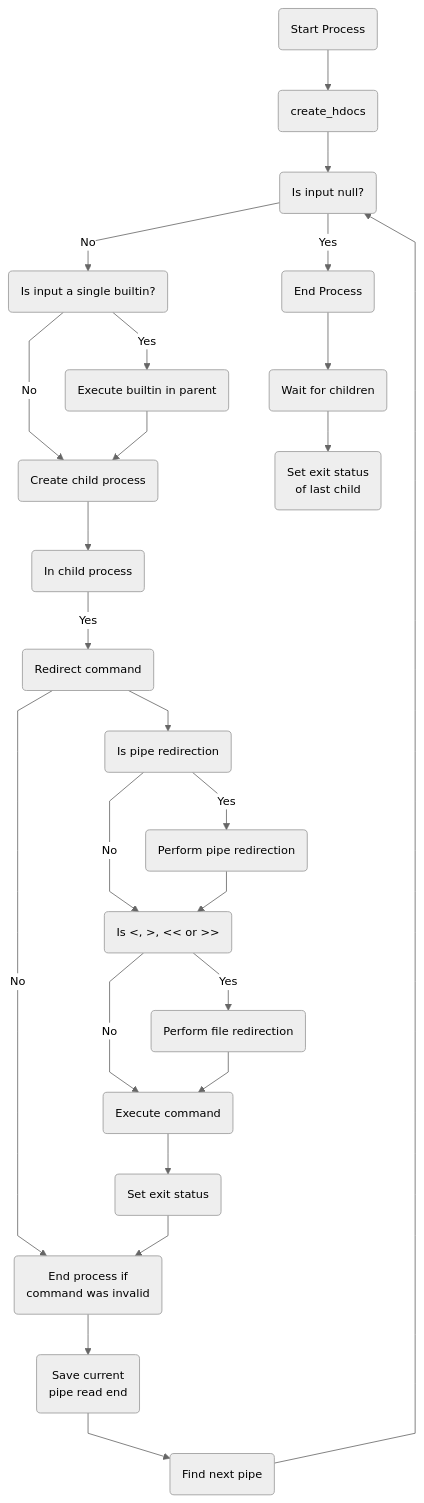
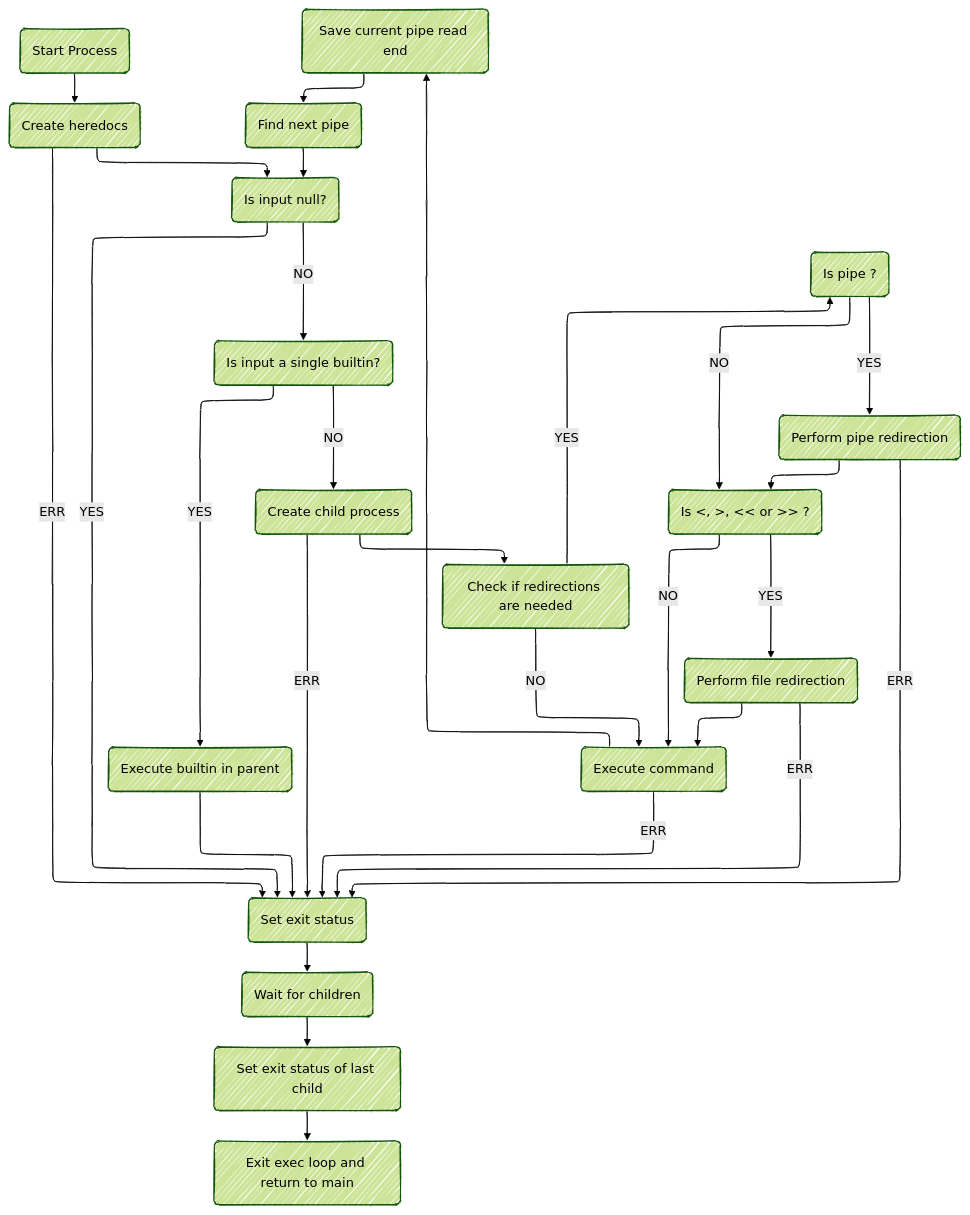
One commit to cdomet-d/minishell changed the first of 2 diagrams in README.md. Above: the diagram before and after it, drawn with Mermaid. The commit also changed other lines of this file and 28 other files, not shown here.

````diff
--- a/README.md
+++ b/README.md
@@ -322,44 +322,61 @@
 ```mermaid
-%%{init: {'theme': 'neutral', 'themeVariables': {'fontFamily': 'Arial', 'fontSize': '14px'}, 'flowchart': {'curve': 'linear'}}}%%
+---
+config:
+  layout: elk
+  elk:
+    <!-- mergeEdges: true -->
+    nodePlacementStrategy: BRANDES_KOEPF
+  look: handDrawn
+  theme: forest
+---
 graph TD;
+    START(Start Process)
+	HDOC(Create heredocs);
+    CHECK_INPUT(Is input null?);
+	IS_SINGLE_BT(Is input a single builtin?);
+    IS_SINGLE_BT_0(Execute builtin in parent);
+   	CREATE_CHILD(Create child process);
+    NEED_REDIR(Check if redirections are needed)
+	SAVE_PIPE("Save current pipe read end");
 
-    %% Start of the process
-    A(Start Process) --> B(create_hdocs);
-
-    %% Loop for input handling
-    B --> C(Is input null?);
-    
-    %% Handling input
-    C -->|No| D(Is input a single builtin?);
-    C -->|Yes| Q(End Process);
-    
-    %% Builtin command handling
-    D -->|Yes| E(Execute builtin in parent);
-    D -->|No| F(Create child process);
-    
-    %% Execution in parent or child
-    E --> F;
-    F --> G(In child process);
-    
-    %% Child process handling
-    G -->|Yes| H(Redirect command) --> a.0
-    H -->|No| J("End process if 
-				command was invalid" ) --> K("Save current 
-					pipe read end");
-
-    a.0(Is pipe redirection) --> |Yes| b.0(Perform pipe redirection);
-    a.0(Is pipe redirection) --> |No| c.00(Perform pipe redirection);
-    b.0 --> c.00(Is <, >, << or >>)
-	c.00 --> |Yes| c.01(Perform file redirection);
-	c.00 --> |No| d.0(Perform file redirection);
-    c.01 --> d.0(Execute command);
-    d.0 --> g.0(Set exit status);
-	g.0 --> J
+    NEED_REDIR_pipe_0(Is pipe ?) 
+	NEED_REDIR_pipe_1(Perform pipe redirection);
+    NEED_REDIR_file_0(Is <, >, << or >> ? )
+	NEED_REDIR_file_1(Perform file redirection);
+    EXE(Execute command);
+    SET_EXIT(Set exit status);
 
     %% Loop continuation
-    K --> V(Find next pipe) --> C;
+    CONTINUE(Find next pipe);
     
     %% End of process
-    Q --> R(Wait for children) --> S("Set exit status 
-		of last child");
+    EXIT(Exit exec loop and return to main);
+    WAIT(Wait for children)
+	SET_LAST_EXIT("Set exit status of last child");
+
+	START --> HDOC
+	HDOC -- ERR --> SET_EXIT
+	HDOC --> CHECK_INPUT
+	CHECK_INPUT -- YES --> SET_EXIT
+	CHECK_INPUT -- NO --> IS_SINGLE_BT
+	IS_SINGLE_BT -- YES --> IS_SINGLE_BT_0 --> SET_EXIT
+	IS_SINGLE_BT -- NO --> CREATE_CHILD
+	CREATE_CHILD -- ERR --> SET_EXIT
+	CREATE_CHILD --> NEED_REDIR
+	NEED_REDIR -- YES --> NEED_REDIR_pipe_0
+	NEED_REDIR -- NO --> EXE
+	NEED_REDIR_pipe_0 -- YES --> 
+	NEED_REDIR_pipe_1 --> NEED_REDIR_file_0
+	NEED_REDIR_pipe_1 -- ERR --> SET_EXIT
+	NEED_REDIR_pipe_0 -- NO --> NEED_REDIR_file_0
+	NEED_REDIR_file_0 -- YES --> 
+	NEED_REDIR_file_1 --> EXE
+	NEED_REDIR_file_1 -- ERR --> SET_EXIT
+	NEED_REDIR_file_0 -- NO --> EXE
+	EXE -- ERR --> SET_EXIT
+	EXE --> SAVE_PIPE --> CONTINUE --> CHECK_INPUT
+
+	SET_EXIT --> WAIT --> SET_LAST_EXIT --> EXIT
+
+
 ```
````
